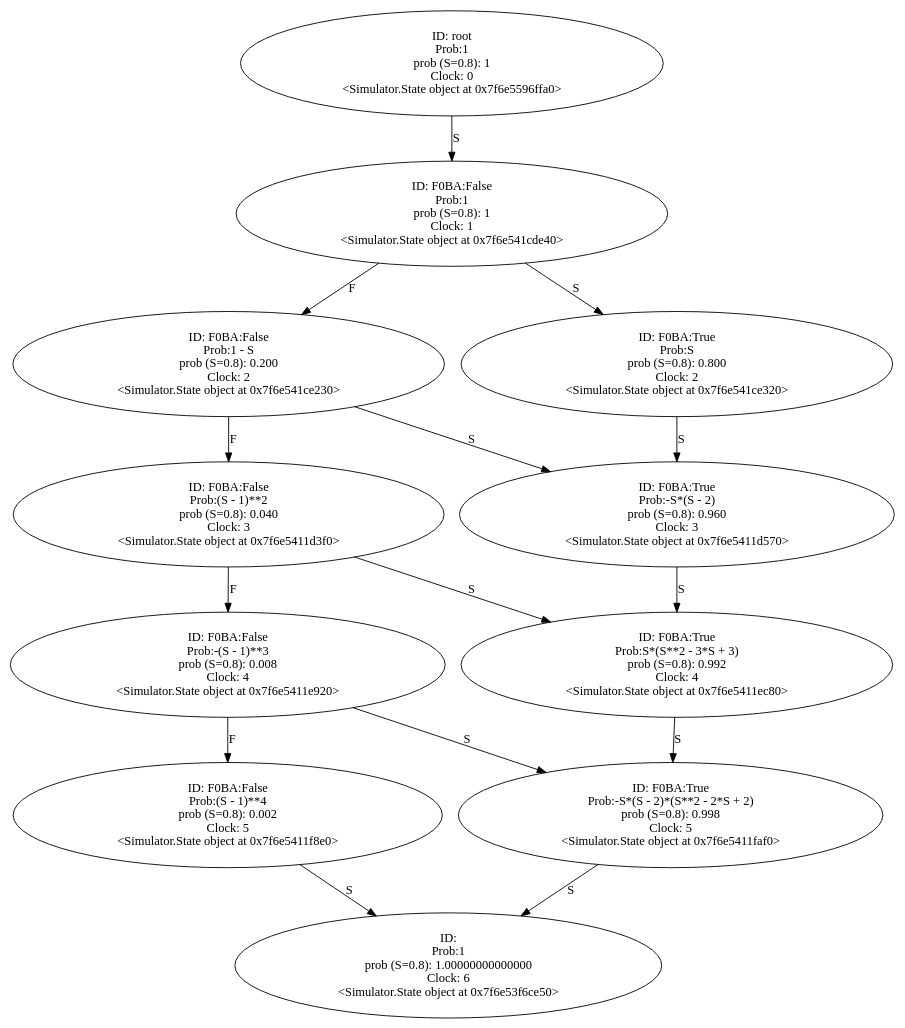
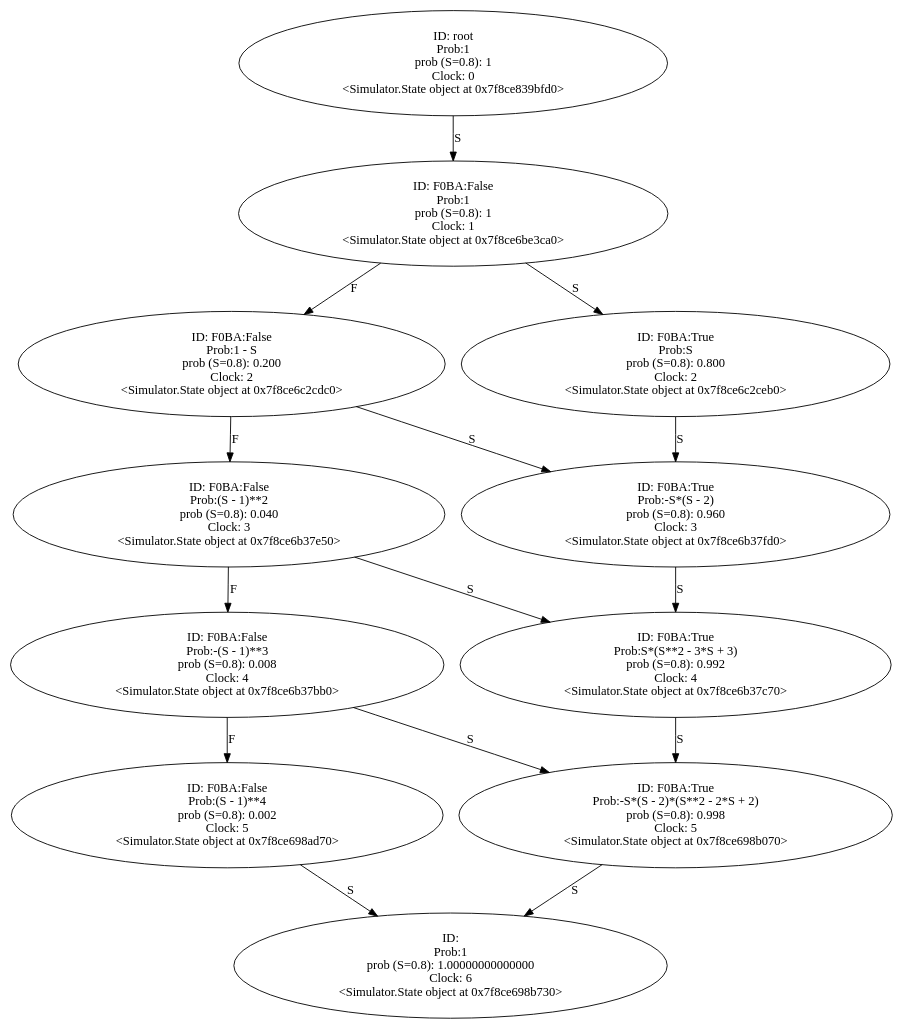
One commit to YasinBoloorchi/WARP-Simulator changed the diagram in Output/pulls.wrp.gv. Above: the diagram before and after it, drawn with Graphviz. The commit also changed 16 other files, not shown here.

```diff
--- a/Output/pulls.wrp.gv
+++ b/Output/pulls.wrp.gv
@@ -1,71 +1,71 @@
 digraph "./Output/pulls.wrp" {
-	<Simulator.State object at 0x7f6e5596ffa0> [label="ID: root
+	<Simulator.State object at 0x7f8ce839bfd0> [label="ID: root
 Prob:1
 prob (S=0.8): 1
 Clock: 0
-<Simulator.State object at 0x7f6e5596ffa0>"]
-	<Simulator.State object at 0x7f6e5596ffa0> -> <Simulator.State object at 0x7f6e541cde40> [label=S]
-	<Simulator.State object at 0x7f6e541cde40> [label="ID: F0BA:False
+<Simulator.State object at 0x7f8ce839bfd0>"]
+	<Simulator.State object at 0x7f8ce839bfd0> -> <Simulator.State object at 0x7f8ce6be3ca0> [label=S]
+	<Simulator.State object at 0x7f8ce6be3ca0> [label="ID: F0BA:False
 Prob:1
 prob (S=0.8): 1
 Clock: 1
-<Simulator.State object at 0x7f6e541cde40>"]
-	<Simulator.State object at 0x7f6e541cde40> -> <Simulator.State object at 0x7f6e541ce230> [label=F]
-	<Simulator.State object at 0x7f6e541cde40> -> <Simulator.State object at 0x7f6e541ce320> [label=S]
-	<Simulator.State object at 0x7f6e541ce230> [label="ID: F0BA:False
+<Simulator.State object at 0x7f8ce6be3ca0>"]
+	<Simulator.State object at 0x7f8ce6be3ca0> -> <Simulator.State object at 0x7f8ce6c2cdc0> [label=F]
+	<Simulator.State object at 0x7f8ce6be3ca0> -> <Simulator.State object at 0x7f8ce6c2ceb0> [label=S]
+	<Simulator.State object at 0x7f8ce6c2cdc0> [label="ID: F0BA:False
 Prob:1 - S
 prob (S=0.8): 0.200
 Clock: 2
-<Simulator.State object at 0x7f6e541ce230>"]
-	<Simulator.State object at 0x7f6e541ce230> -> <Simulator.State object at 0x7f6e5411d3f0> [label=F]
-	<Simulator.State object at 0x7f6e541ce230> -> <Simulator.State object at 0x7f6e5411d570> [label=S]
-	<Simulator.State object at 0x7f6e541ce320> [label="ID: F0BA:True
+<Simulator.State object at 0x7f8ce6c2cdc0>"]
+	<Simulator.State object at 0x7f8ce6c2cdc0> -> <Simulator.State object at 0x7f8ce6b37e50> [label=F]
+	<Simulator.State object at 0x7f8ce6c2cdc0> -> <Simulator.State object at 0x7f8ce6b37fd0> [label=S]
+	<Simulator.State object at 0x7f8ce6c2ceb0> [label="ID: F0BA:True
 Prob:S
 prob (S=0.8): 0.800
 Clock: 2
-<Simulator.State object at 0x7f6e541ce320>"]
-	<Simulator.State object at 0x7f6e541ce320> -> <Simulator.State object at 0x7f6e5411d570> [label=S]
-	<Simulator.State object at 0x7f6e5411d3f0> [label="ID: F0BA:False
+<Simulator.State object at 0x7f8ce6c2ceb0>"]
+	<Simulator.State object at 0x7f8ce6c2ceb0> -> <Simulator.State object at 0x7f8ce6b37fd0> [label=S]
+	<Simulator.State object at 0x7f8ce6b37e50> [label="ID: F0BA:False
 Prob:(S - 1)**2
 prob (S=0.8): 0.040
 Clock: 3
-<Simulator.State object at 0x7f6e5411d3f0>"]
-	<Simulator.State object at 0x7f6e5411d3f0> -> <Simulator.State object at 0x7f6e5411e920> [label=F]
-	<Simulator.State object at 0x7f6e5411d3f0> -> <Simulator.State object at 0x7f6e5411ec80> [label=S]
-	<Simulator.State object at 0x7f6e5411d570> [label="ID: F0BA:True
+<Simulator.State object at 0x7f8ce6b37e50>"]
+	<Simulator.State object at 0x7f8ce6b37e50> -> <Simulator.State object at 0x7f8ce6b37bb0> [label=F]
+	<Simulator.State object at 0x7f8ce6b37e50> -> <Simulator.State object at 0x7f8ce6b37c70> [label=S]
+	<Simulator.State object at 0x7f8ce6b37fd0> [label="ID: F0BA:True
 Prob:-S*(S - 2)
 prob (S=0.8): 0.960
 Clock: 3
-<Simulator.State object at 0x7f6e5411d570>"]
-	<Simulator.State object at 0x7f6e5411d570> -> <Simulator.State object at 0x7f6e5411ec80> [label=S]
-	<Simulator.State object at 0x7f6e5411e920> [label="ID: F0BA:False
+<Simulator.State object at 0x7f8ce6b37fd0>"]
+	<Simulator.State object at 0x7f8ce6b37fd0> -> <Simulator.State object at 0x7f8ce6b37c70> [label=S]
+	<Simulator.State object at 0x7f8ce6b37bb0> [label="ID: F0BA:False
 Prob:-(S - 1)**3
 prob (S=0.8): 0.008
 Clock: 4
-<Simulator.State object at 0x7f6e5411e920>"]
-	<Simulator.State object at 0x7f6e5411e920> -> <Simulator.State object at 0x7f6e5411f8e0> [label=F]
-	<Simulator.State object at 0x7f6e5411e920> -> <Simulator.State object at 0x7f6e5411faf0> [label=S]
-	<Simulator.State object at 0x7f6e5411ec80> [label="ID: F0BA:True
+<Simulator.State object at 0x7f8ce6b37bb0>"]
+	<Simulator.State object at 0x7f8ce6b37bb0> -> <Simulator.State object at 0x7f8ce698ad70> [label=F]
+	<Simulator.State object at 0x7f8ce6b37bb0> -> <Simulator.State object at 0x7f8ce698b070> [label=S]
+	<Simulator.State object at 0x7f8ce6b37c70> [label="ID: F0BA:True
 Prob:S*(S**2 - 3*S + 3)
 prob (S=0.8): 0.992
 Clock: 4
-<Simulator.State object at 0x7f6e5411ec80>"]
-	<Simulator.State object at 0x7f6e5411ec80> -> <Simulator.State object at 0x7f6e5411faf0> [label=S]
-	<Simulator.State object at 0x7f6e5411f8e0> [label="ID: F0BA:False
+<Simulator.State object at 0x7f8ce6b37c70>"]
+	<Simulator.State object at 0x7f8ce6b37c70> -> <Simulator.State object at 0x7f8ce698b070> [label=S]
+	<Simulator.State object at 0x7f8ce698ad70> [label="ID: F0BA:False
 Prob:(S - 1)**4
 prob (S=0.8): 0.002
 Clock: 5
-<Simulator.State object at 0x7f6e5411f8e0>"]
-	<Simulator.State object at 0x7f6e5411f8e0> -> <Simulator.State object at 0x7f6e53f6ce50> [label=S]
-	<Simulator.State object at 0x7f6e5411faf0> [label="ID: F0BA:True
+<Simulator.State object at 0x7f8ce698ad70>"]
+	<Simulator.State object at 0x7f8ce698ad70> -> <Simulator.State object at 0x7f8ce698b730> [label=S]
+	<Simulator.State object at 0x7f8ce698b070> [label="ID: F0BA:True
 Prob:-S*(S - 2)*(S**2 - 2*S + 2)
 prob (S=0.8): 0.998
 Clock: 5
-<Simulator.State object at 0x7f6e5411faf0>"]
-	<Simulator.State object at 0x7f6e5411faf0> -> <Simulator.State object at 0x7f6e53f6ce50> [label=S]
-	<Simulator.State object at 0x7f6e53f6ce50> [label="ID: 
+<Simulator.State object at 0x7f8ce698b070>"]
+	<Simulator.State object at 0x7f8ce698b070> -> <Simulator.State object at 0x7f8ce698b730> [label=S]
+	<Simulator.State object at 0x7f8ce698b730> [label="ID: 
 Prob:1
 prob (S=0.8): 1.00000000000000
 Clock: 6
-<Simulator.State object at 0x7f6e53f6ce50>"]
+<Simulator.State object at 0x7f8ce698b730>"]
 }
```
